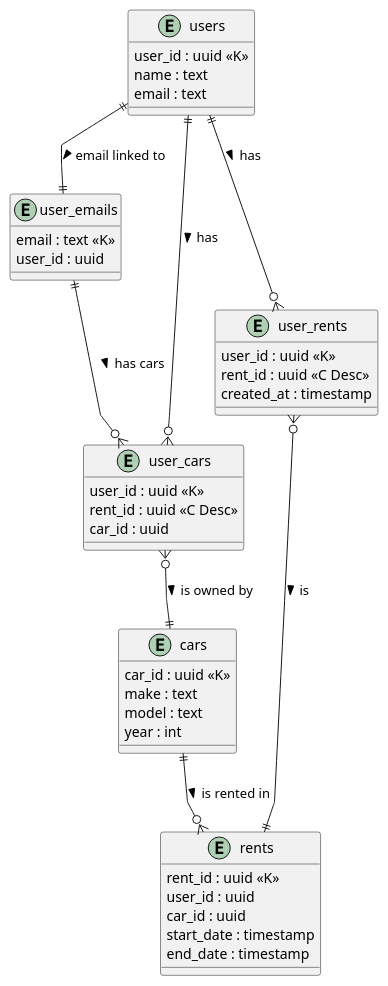
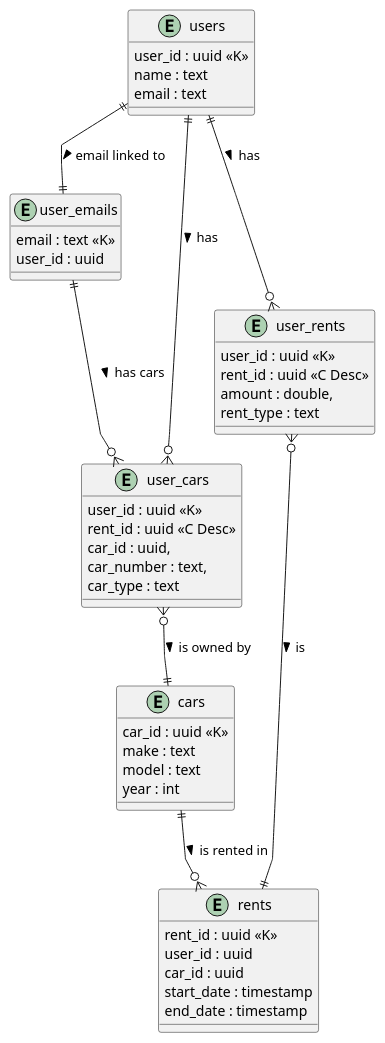
The diagram in uml/diagram.puml (tomas6446/nosql-cassandra), drawn with PlantUML before and after one commit. The commit also changed 4 other files, not shown here.

```diff
--- a/uml/diagram.puml
+++ b/uml/diagram.puml
@@ -1,51 +1,54 @@
 @startuml car_rental-erd
 
 skinparam linetype polyline
 
 entity "users" as u {
     user_id : uuid <<K>>
     name : text
     email : text
 }
 
 entity "user_emails" as ue {
     email : text <<K>>
     user_id : uuid
 }
 
 entity "rents" as r {
     rent_id : uuid <<K>>
     user_id : uuid
     car_id : uuid
     start_date : timestamp
     end_date : timestamp
 }
 
 entity "cars" as c {
     car_id : uuid <<K>>
     make : text
     model : text
     year : int
 }
 
 entity "user_rents" as ur {
     user_id : uuid <<K>>
     rent_id : uuid <<C Desc>>
-    created_at : timestamp
+    amount : double,
+    rent_type : text
 }
 
 entity "user_cars" as uc {
     user_id : uuid <<K>>
     rent_id : uuid <<C Desc>>
-    car_id : uuid
+    car_id : uuid,
+    car_number : text,
+    car_type : text
 }
 
 u ||--o{ ur : has >
 ur }o--|| r : is >
 c ||--o{ r : is rented in >
 u ||--o{ uc : has >
 uc }o--|| c : is owned by >
 u ||--|| ue : email linked to >
 ue ||--o{ uc : has cars >
 
 @enduml
```
